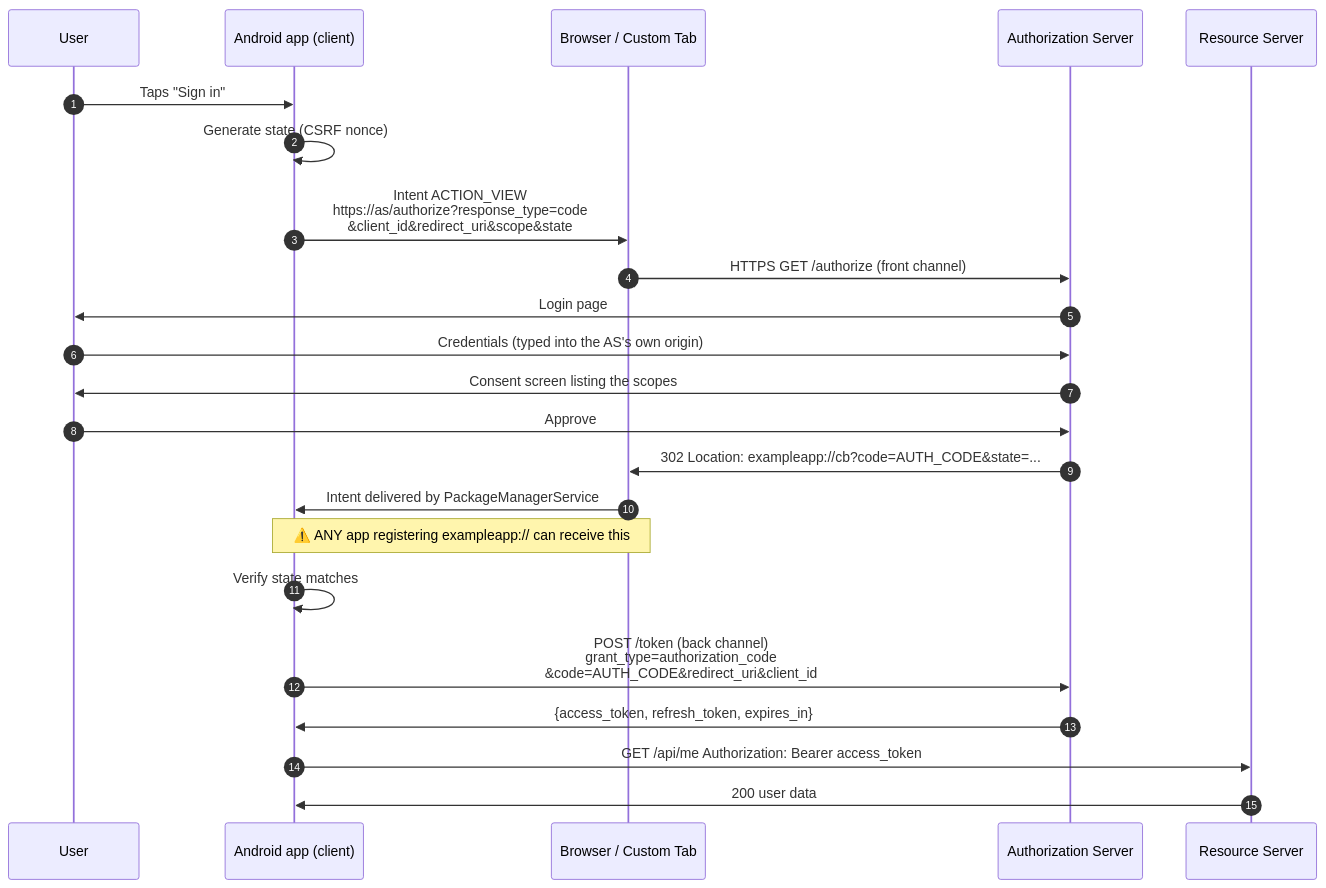
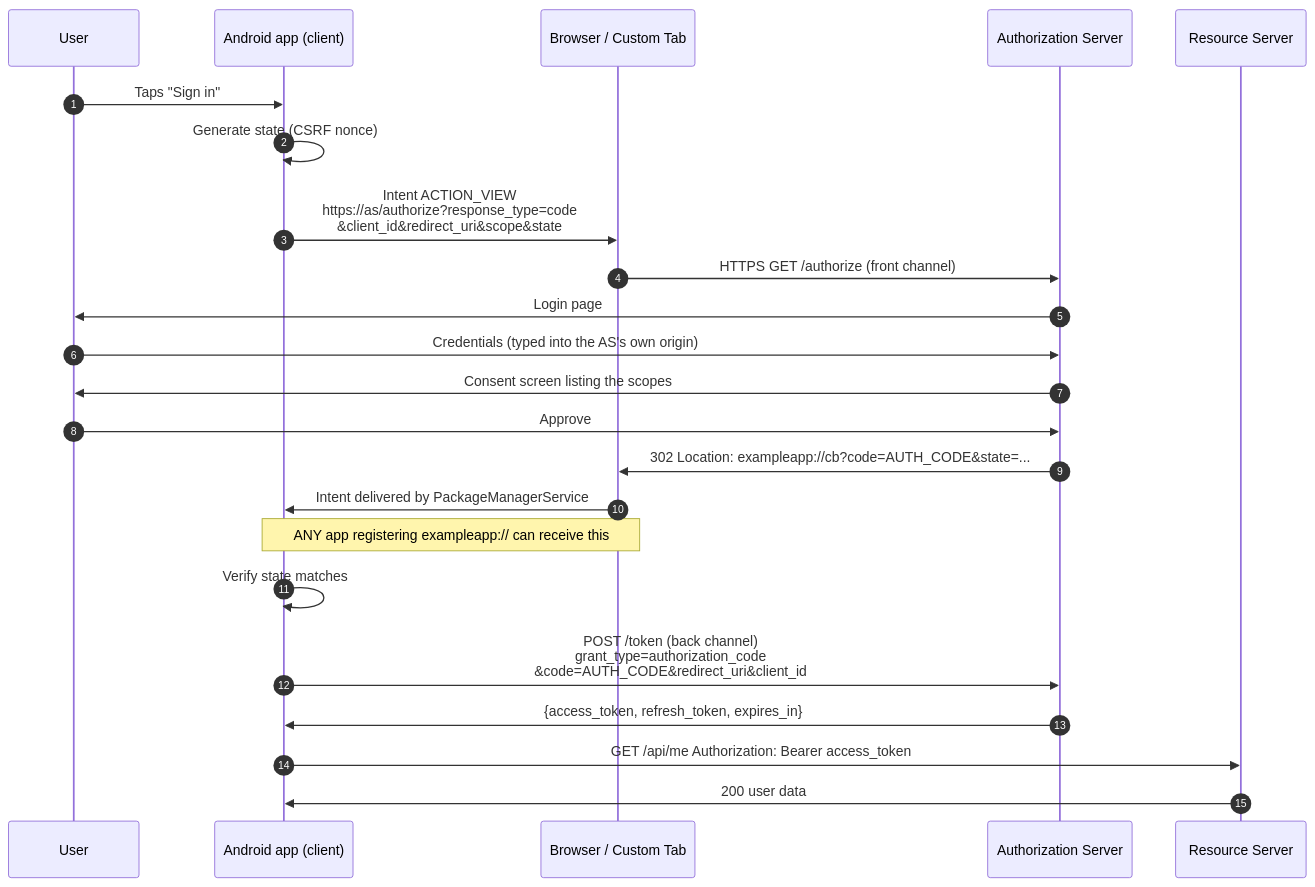
The sixth of 22 diagrams in 45-OAuth/README.md (FlyPhantomFly/android-security-handbook), drawn with Mermaid before and after one commit. The commit also changed other lines of this file and 118 other files, not shown here.

````diff
--- a/45-OAuth/README.md
+++ b/45-OAuth/README.md
@@ -393,26 +393,26 @@
 ```mermaid
 sequenceDiagram
     autonumber
     participant U as User
     participant A as Android app (client)
     participant B as Browser / Custom Tab
     participant AS as Authorization Server
     participant RS as Resource Server
 
     U->>A: Taps "Sign in"
     A->>A: Generate state (CSRF nonce)
     A->>B: Intent ACTION_VIEW<br/>https://as/authorize?response_type=code<br/>&client_id&redirect_uri&scope&state
     B->>AS: HTTPS GET /authorize (front channel)
     AS->>U: Login page
     U->>AS: Credentials (typed into the AS's own origin)
     AS->>U: Consent screen listing the scopes
     U->>AS: Approve
     AS->>B: 302 Location: exampleapp://cb?code=AUTH_CODE&state=...
     B->>A: Intent delivered by PackageManagerService
-    Note over B,A: ⚠️ ANY app registering exampleapp:// can receive this
+    Note over B,A: ANY app registering exampleapp:// can receive this
     A->>A: Verify state matches
     A->>AS: POST /token (back channel)<br/>grant_type=authorization_code<br/>&code=AUTH_CODE&redirect_uri&client_id
     AS->>A: {access_token, refresh_token, expires_in}
     A->>RS: GET /api/me  Authorization: Bearer access_token
     RS->>A: 200 user data
 ```
````
